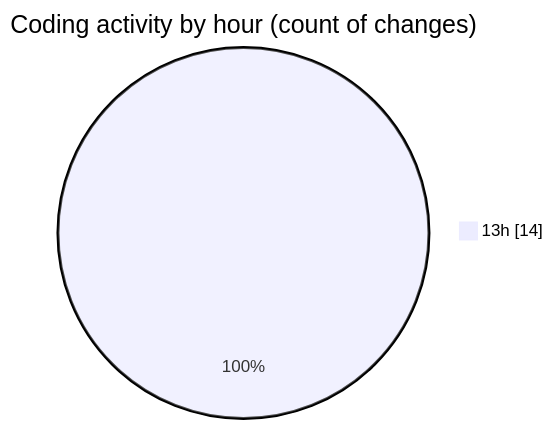
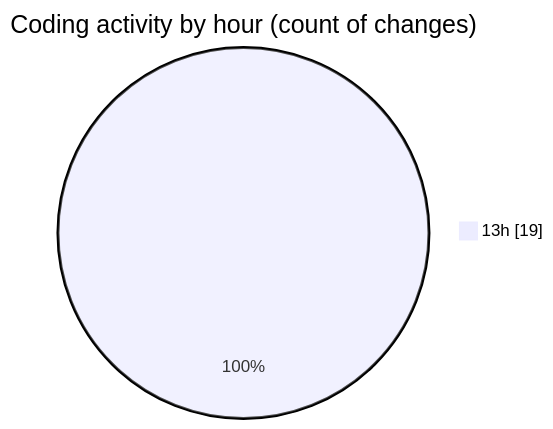
The second of 2 diagrams in 2025-05-26/ecodeli-1/README.md (CELIANVF/code-tracking), drawn with Mermaid before and after one commit. The commit also changed other lines of this file and 1 other file, not shown here.

````diff
--- a/2025-05-26/ecodeli-1/README.md
+++ b/2025-05-26/ecodeli-1/README.md
@@ -35,5 +36,5 @@
 ```mermaid
 pie showData
 title Coding activity by hour (count of changes)
-"13h" : 14
+"13h" : 19
 ```
````
